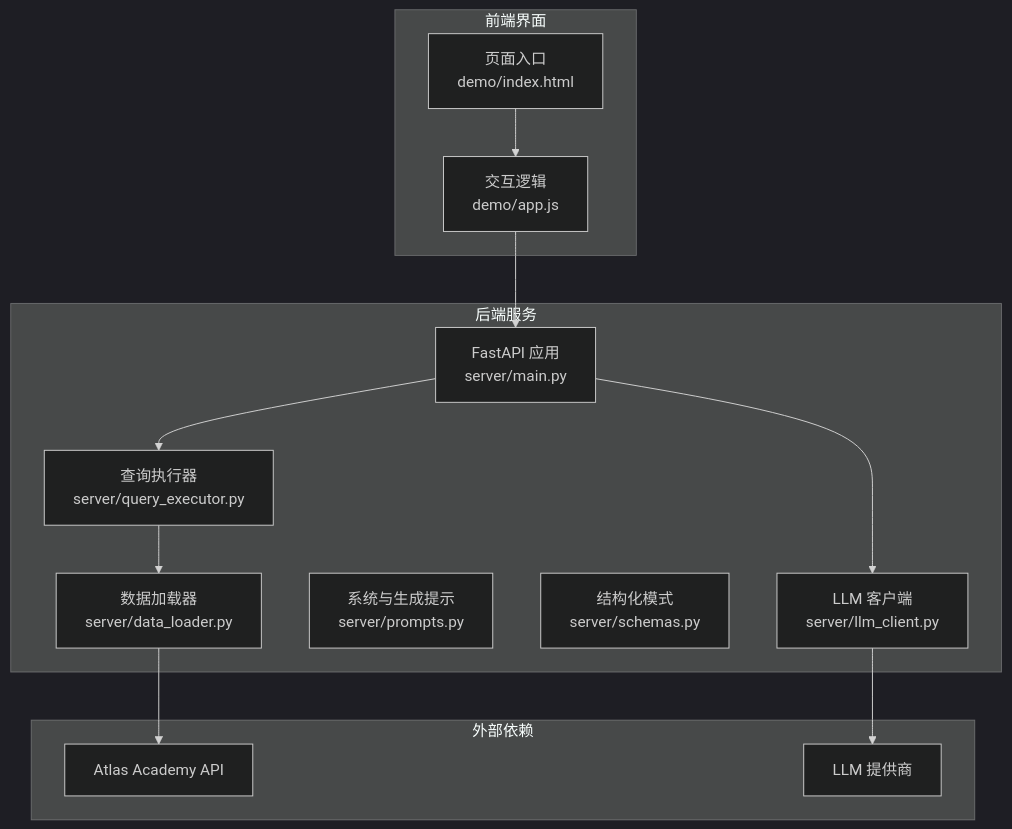
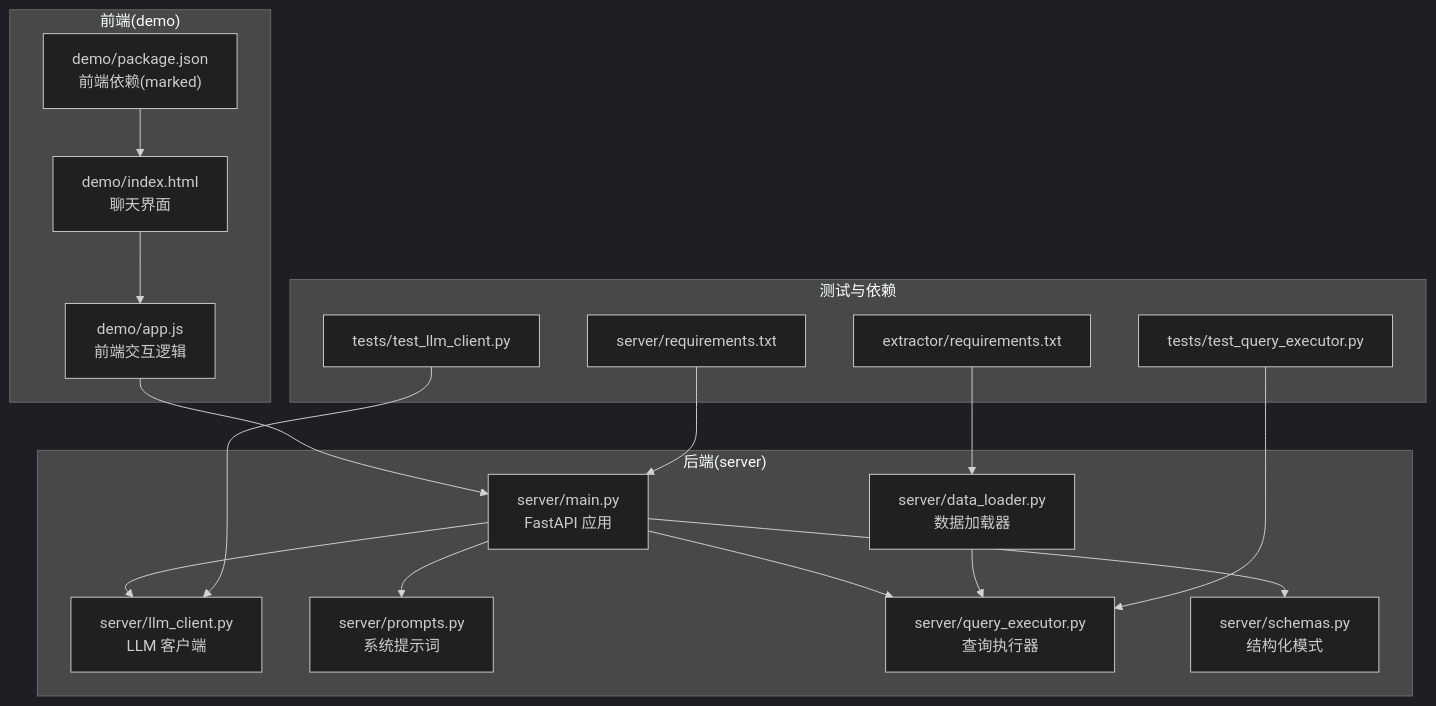
The first of 9 diagrams in .qoder/repowiki/zh/content/快速开始.md (kanoha222/Laplace), drawn with Mermaid (dark theme) before and after one commit. The commit also changed other lines of this file and 54 other files, not shown here.

````diff
--- a/.qoder/repowiki/zh/content/快速开始.md
+++ b/.qoder/repowiki/zh/content/快速开始.md
@@ -40,26 +41,33 @@
 ```mermaid
 graph TB
-subgraph "后端服务"
-FastAPI["FastAPI 应用<br/>server/main.py"]
-LLM["LLM 客户端<br/>server/llm_client.py"]
-Prompts["系统与生成提示<br/>server/prompts.py"]
-Schemas["结构化模式<br/>server/schemas.py"]
-Query["查询执行器<br/>server/query_executor.py"]
-Loader["数据加载器<br/>server/data_loader.py"]
+subgraph "后端(server)"
+M["server/main.py<br/>FastAPI 应用"]
+L["server/llm_client.py<br/>LLM 客户端"]
+P["server/prompts.py<br/>系统提示词"]
+Q["server/query_executor.py<br/>查询执行器"]
+D["server/data_loader.py<br/>数据加载器"]
+S["server/schemas.py<br/>结构化模式"]
 end
-subgraph "前端界面"
-DemoHTML["页面入口<br/>demo/index.html"]
-DemoJS["交互逻辑<br/>demo/app.js"]
+subgraph "前端(demo)"
+H["demo/index.html<br/>聊天界面"]
+J["demo/app.js<br/>前端交互逻辑"]
+NPM["demo/package.json<br/>前端依赖(marked)"]
 end
-subgraph "外部依赖"
-Atlas["Atlas Academy API"]
-LLMProvider["LLM 提供商"]
+subgraph "测试与依赖"
+T1["tests/test_llm_client.py"]
+T2["tests/test_query_executor.py"]
+R1["server/requirements.txt"]
+R2["extractor/requirements.txt"]
 end
-DemoHTML --> DemoJS
-DemoJS --> FastAPI
-FastAPI --> LLM
-FastAPI --> Query
-Query --> Loader
-Loader --> Atlas
-LLM --> LLMProvider
+H --> J --> M
+M --> L
+M --> Q
+M --> P
+M --> S
+D --> Q
+T1 --> L
+T2 --> Q
+R1 --> M
+R2 --> D
+NPM --> H
 ```
````
